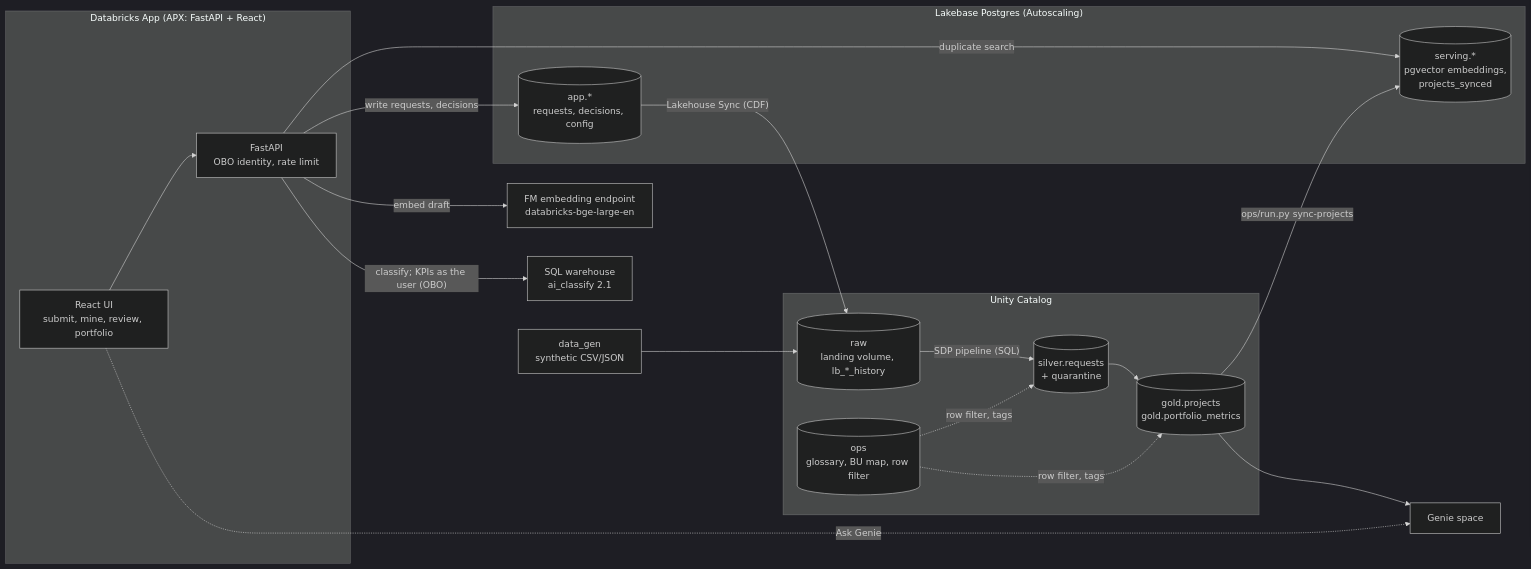
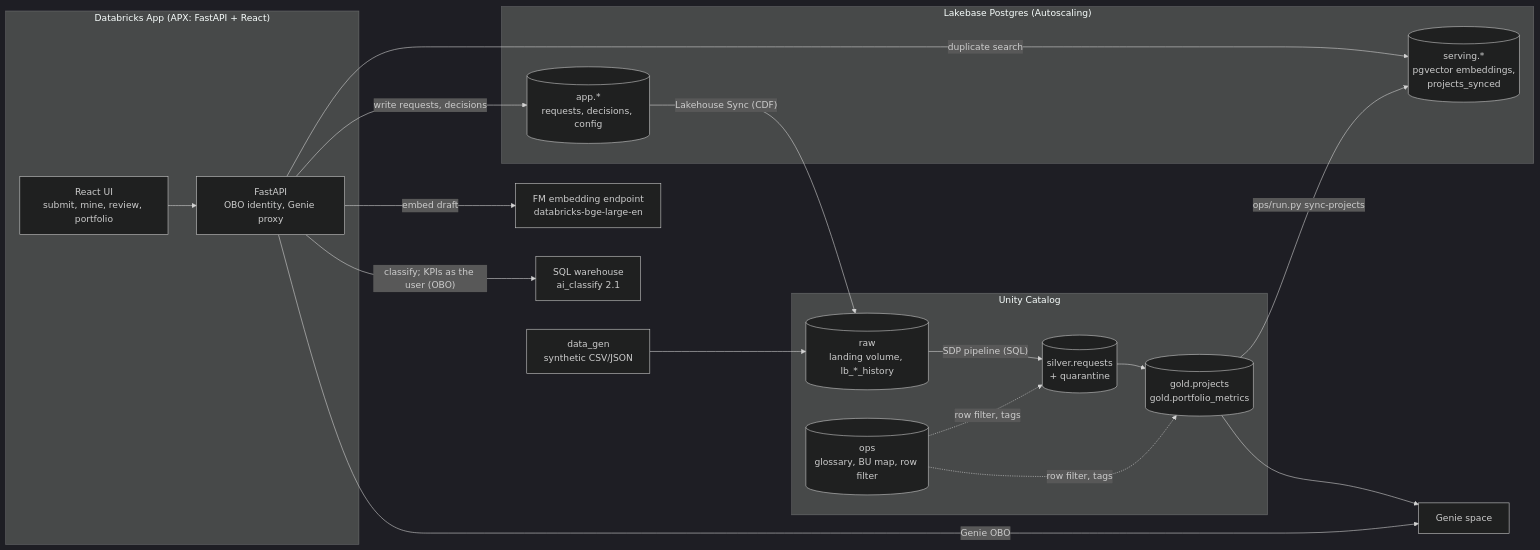
Before and after one commit to susan-farjami-db/oneintake: the diagram in README.md, drawn with Mermaid (dark theme). The commit also changed 26 other files, not shown here.

````diff
--- a/README.md
+++ b/README.md
@@ -7,32 +7,32 @@
 ```mermaid
 flowchart LR
   subgraph App["Databricks App (APX: FastAPI + React)"]
     UI["React UI<br/>submit, mine, review, portfolio"]
-    API["FastAPI<br/>OBO identity, rate limit"]
+    API["FastAPI<br/>OBO identity, Genie proxy"]
   end
   subgraph LB["Lakebase Postgres (Autoscaling)"]
     APPDB[("app.*<br/>requests, decisions, config")]
     SERV[("serving.*<br/>pgvector embeddings,<br/>projects_synced")]
   end
   subgraph UC["Unity Catalog"]
     RAW[("raw<br/>landing volume, lb_*_history")]
     SILVER[("silver.requests<br/>+ quarantine")]
     GOLD[("gold.projects<br/>gold.portfolio_metrics")]
     OPS[("ops<br/>glossary, BU map, row filter")]
   end
   FM["FM embedding endpoint<br/>databricks-bge-large-en"]
   WH["SQL warehouse<br/>ai_classify 2.1"]
   GENIE["Genie space"]
   UI --> API
   API -- "duplicate search" --> SERV
   API -- "write requests, decisions" --> APPDB
   API -- "embed draft" --> FM
   API -- "classify; KPIs as the user (OBO)" --> WH
   APPDB -- "Lakehouse Sync (CDF)" --> RAW
   GEN["data_gen<br/>synthetic CSV/JSON"] --> RAW
   RAW -- "SDP pipeline (SQL)" --> SILVER --> GOLD
   GOLD -- "ops/run.py sync-projects" --> SERV
   OPS -. "row filter, tags" .-> SILVER & GOLD
   GOLD --> GENIE
-  UI -. "Ask Genie" .-> GENIE
+  API -- "Genie OBO" --> GENIE
 ```
````
